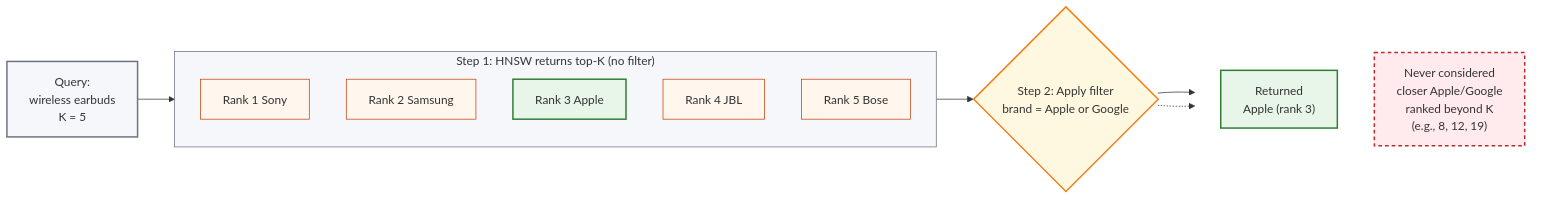
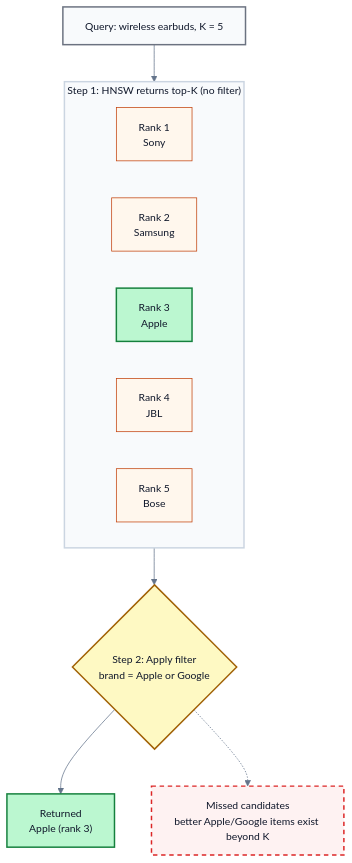
The diagram in posts/Why WHERE clauses can break your vector search/assets/post-filtering.mmd (chsafouane/chsafouane.github.io), drawn with Mermaid before and after one commit. The commit also changed 28 other files, not shown here.

Commit message:
Fix the mermaid graphs

```diff
--- a/posts/Why WHERE clauses can break your vector search/assets/post-filtering.mmd
+++ b/posts/Why WHERE clauses can break your vector search/assets/post-filtering.mmd
@@ -1,42 +1,46 @@
-%%{init: {'theme': 'default', 'themeVariables': { 'fontSize': '16px' }}}%%
-flowchart LR
-  q["Query:<br/>wireless earbuds<br/>K = 5"]
-  
+%%{init: {
+  'theme': 'base',
+  'themeVariables': {
+    'fontFamily': 'Helvetica Neue,Helvetica,Arial,sans-serif',
+    'fontSize': '14px',
+    'lineColor': '#64748b',
+    'textColor': '#0f172a'
+  },
+  'flowchart': { 'curve': 'basis' }
+}}%%
+flowchart TB
+  q["Query: wireless earbuds, K = 5"]
+
   subgraph step1["Step 1: HNSW returns top-K (no filter)"]
-    direction TB
-    r1["Rank 1 Sony"]
-    r2["Rank 2 Samsung"]
-    r3["Rank 3 Apple"]
-    r4["Rank 4 JBL"]
-    r5["Rank 5 Bose"]
+    direction LR
+    r1["Rank 1<br/>Sony"]
+    r2["Rank 2<br/>Samsung"]
+    r3["Rank 3<br/>Apple"]
+    r4["Rank 4<br/>JBL"]
+    r5["Rank 5<br/>Bose"]
   end
 
   f{"Step 2: Apply filter<br/>brand = Apple or Google"}
 
-  subgraph results[" "]
-    direction TB
-    keep["Returned<br/>Apple (rank 3)"]
-    miss["Never considered<br/>closer Apple/Google<br/>ranked beyond K<br/>(e.g., 8, 12, 19)"]
-  end
+  keep["Returned<br/>Apple (rank 3)"]
+  miss["Missed candidates<br/>better Apple/Google items exist beyond K"]
 
   q --> step1
   step1 --> f
   f --> keep
   f -.-> miss
 
-  classDef query fill:#f6f7fb,stroke:#6b7280,stroke-width:2px
-  classDef step fill:#f6f7fb,stroke:#6b7280,stroke-width:1px
-  classDef keep fill:#e8f5e9,stroke:#2e7d32,stroke-width:2px
-  classDef drop fill:#fff7ed,stroke:#c2410c,stroke-width:1px
-  classDef note fill:#ffebee,stroke:#c62828,stroke-width:2px,stroke-dasharray:5 4
-  classDef filter fill:#fff8e1,stroke:#f57f17,stroke-width:2px
-  classDef hidden fill:transparent,stroke:transparent
+  classDef query fill:#f8fafc,stroke:#6b7280,stroke-width:2px,color:#0f172a
+  classDef step fill:#f8fafc,stroke:#cbd5e1,stroke-width:2px,color:#0f172a
+  classDef keep fill:#bbf7d0,stroke:#15803d,stroke-width:2px,color:#0f172a
+  classDef drop fill:#fff7ed,stroke:#c2410c,stroke-width:1px,color:#0f172a
+  classDef note fill:#fef2f2,stroke:#dc2626,stroke-width:2px,stroke-dasharray:6 5,color:#0f172a
+  classDef filter fill:#fef9c3,stroke:#a16207,stroke-width:2px,color:#0f172a
 
   class q query
   class step1 step
   class f filter
   class keep keep
   class miss note
   class r1,r2,r4,r5 drop
   class r3 keep
-  class results hidden
```
